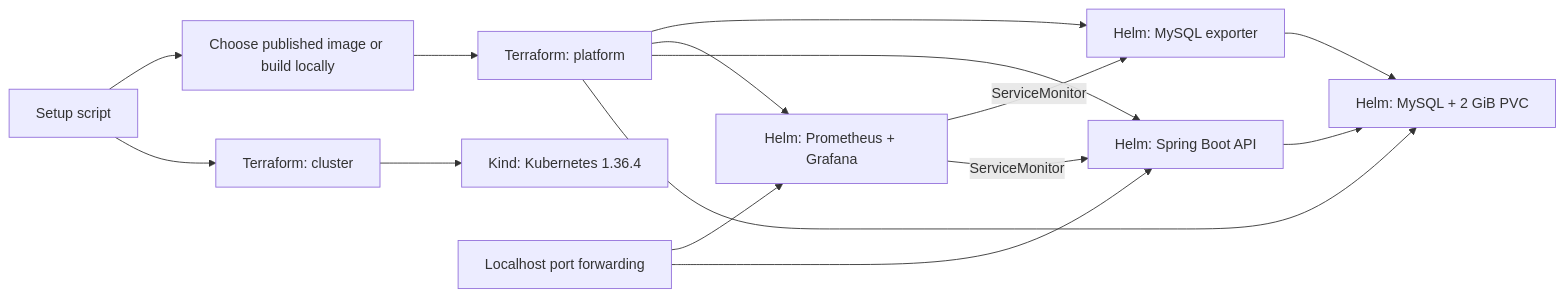
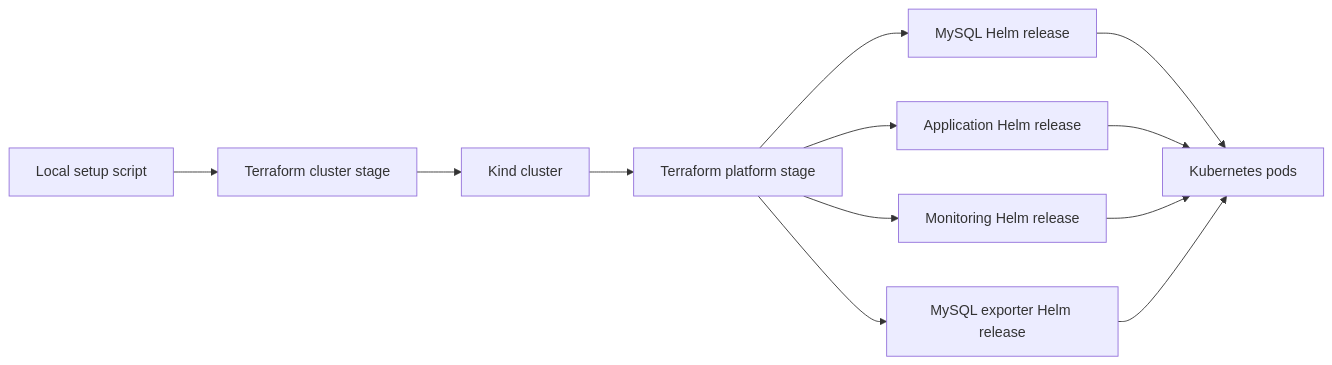
One commit to ouemnaa/crewmeister-devops-challenge changed the first of 7 diagrams in README.md. Above: the diagram before and after it, drawn with Mermaid. The commit also changed other lines of this file and 11 other files, not shown here.

````diff
--- a/README.md
+++ b/README.md
@@ -73,17 +196,14 @@
 ```mermaid
 flowchart LR
-    setup[Setup script] --> cluster[Terraform: cluster]
-    cluster --> kind[Kind: Kubernetes 1.36.4]
-    setup --> image[Choose published image or build locally]
-    image --> platform[Terraform: platform]
-    platform --> mysql[Helm: MySQL + 2 GiB PVC]
-    platform --> app[Helm: Spring Boot API]
-    platform --> monitoring[Helm: Prometheus + Grafana]
-    platform --> exporter[Helm: MySQL exporter]
-    app --> mysql
-    monitoring -->|ServiceMonitor| app
-    monitoring -->|ServiceMonitor| exporter
-    exporter --> mysql
-    reviewer[Localhost port forwarding] --> app
-    reviewer --> monitoring
+    scripts[Local setup script] --> cluster[Terraform cluster stage]
+    cluster --> kind[Kind cluster]
+    kind --> platform[Terraform platform stage]
+    platform --> mysql[MySQL Helm release]
+    platform --> app[Application Helm release]
+    platform --> monitoring[Monitoring Helm release]
+    platform --> exporter[MySQL exporter Helm release]
+    mysql --> pods[Kubernetes pods]
+    app --> pods
+    monitoring --> pods
+    exporter --> pods
 ```
````
